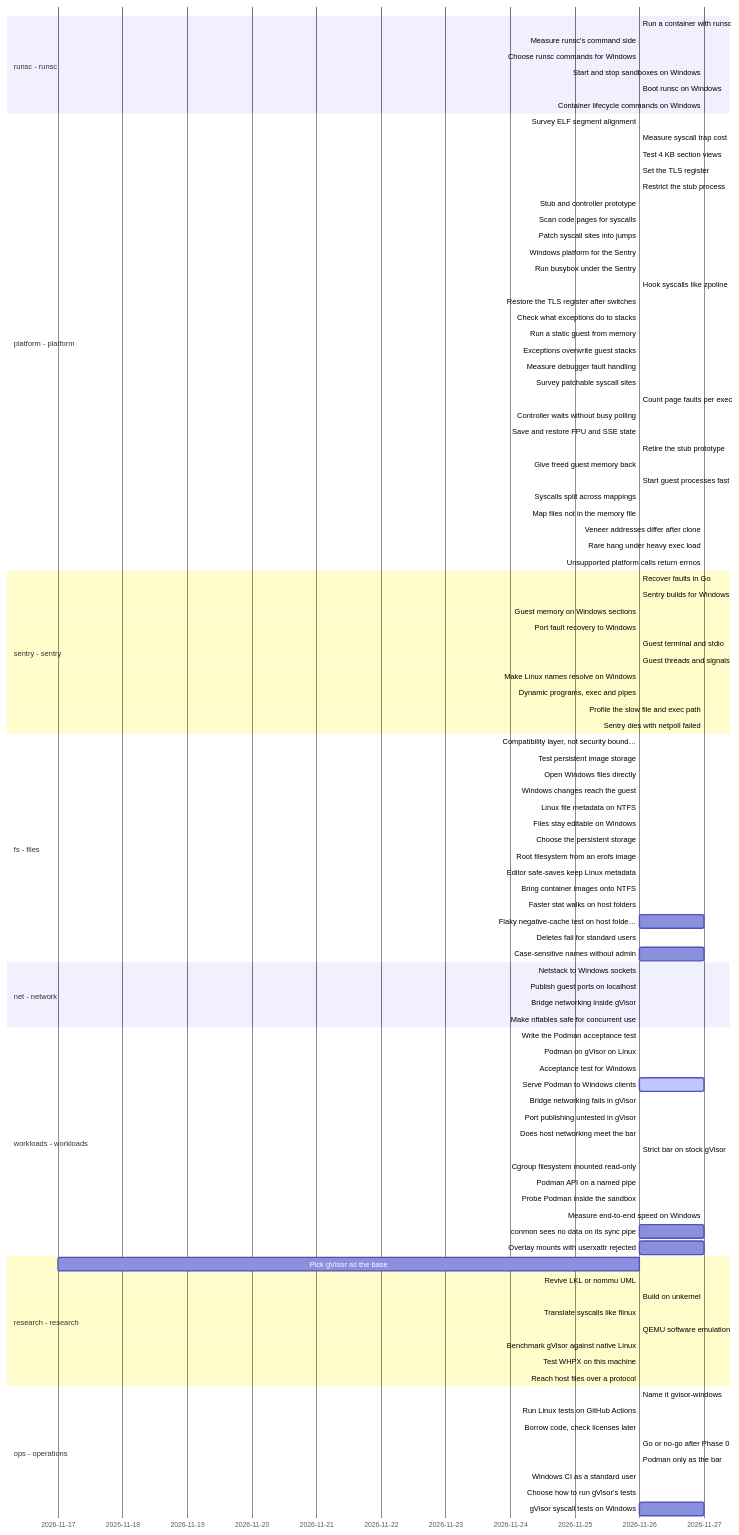
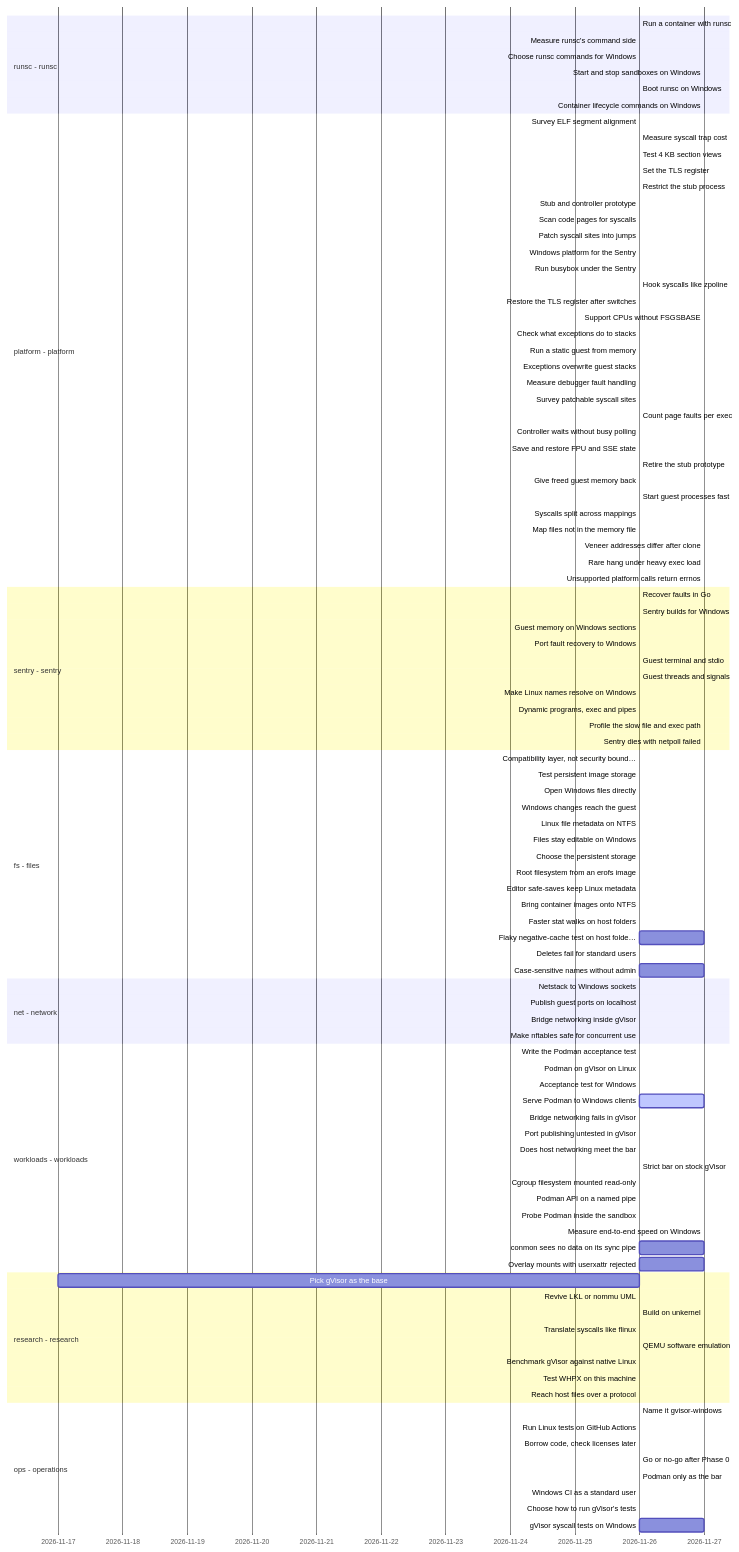
The diagram in docs/roadmap/timeline.md (lhns/gvisor-windows), drawn with Mermaid before and after one commit. The commit also changed other lines of this file and 4 other files, not shown here.

First line of the commit message:
Support CPUs without FSGSBASE by rewriting %fs accesses (ADR 0020)

```diff
--- a/docs/roadmap/timeline.md
+++ b/docs/roadmap/timeline.md
@@ -31,6 +31,7 @@
     Run busybox under the Sentry :platform_busybox_on_windows, 2026-11-26, 2026-11-26
     Hook syscalls like zpoline :crit, platform_zpoline_hooks, 2026-11-26, 2026-11-26
     Restore the TLS register after switches :platform_fs_base_repair, 2026-11-26, 2026-11-26
+    Support CPUs without FSGSBASE :active, platform_no_fsgsbase_fallback, 2026-11-27, 2026-11-27
     Check what exceptions do to stacks :platform_exception_stack, 2026-11-26, 2026-11-26
     Run a static guest from memory :platform_static_guest_from_memory, 2026-11-26, 2026-11-26
     Exceptions overwrite guest stacks :platform_veh_on_guest_stack_unsafe, 2026-11-26, 2026-11-26
@@ -46,7 +47,7 @@
     Map files not in the memory file :platform_map_files_without_sections, 2026-11-26, 2026-11-26
     Veneer addresses differ after clone :platform_veneer_address_in_child, 2026-11-27, 2026-11-27
     Rare hang under heavy exec load :platform_rare_hang_under_exec_load, 2026-11-27, 2026-11-27
-    Unsupported platform calls return errnos :platform_unsupported_errno, 2026-11-27, 2026-11-27
+    Unsupported platform calls return errnos :active, platform_unsupported_errno, 2026-11-27, 2026-11-27
     section sentry - sentry
     Recover faults in Go :sentry_go_fault_recovery, 2026-11-26, 2026-11-26
     Sentry builds for Windows :sentry_windows_build, 2026-11-26, 2026-11-26
```
